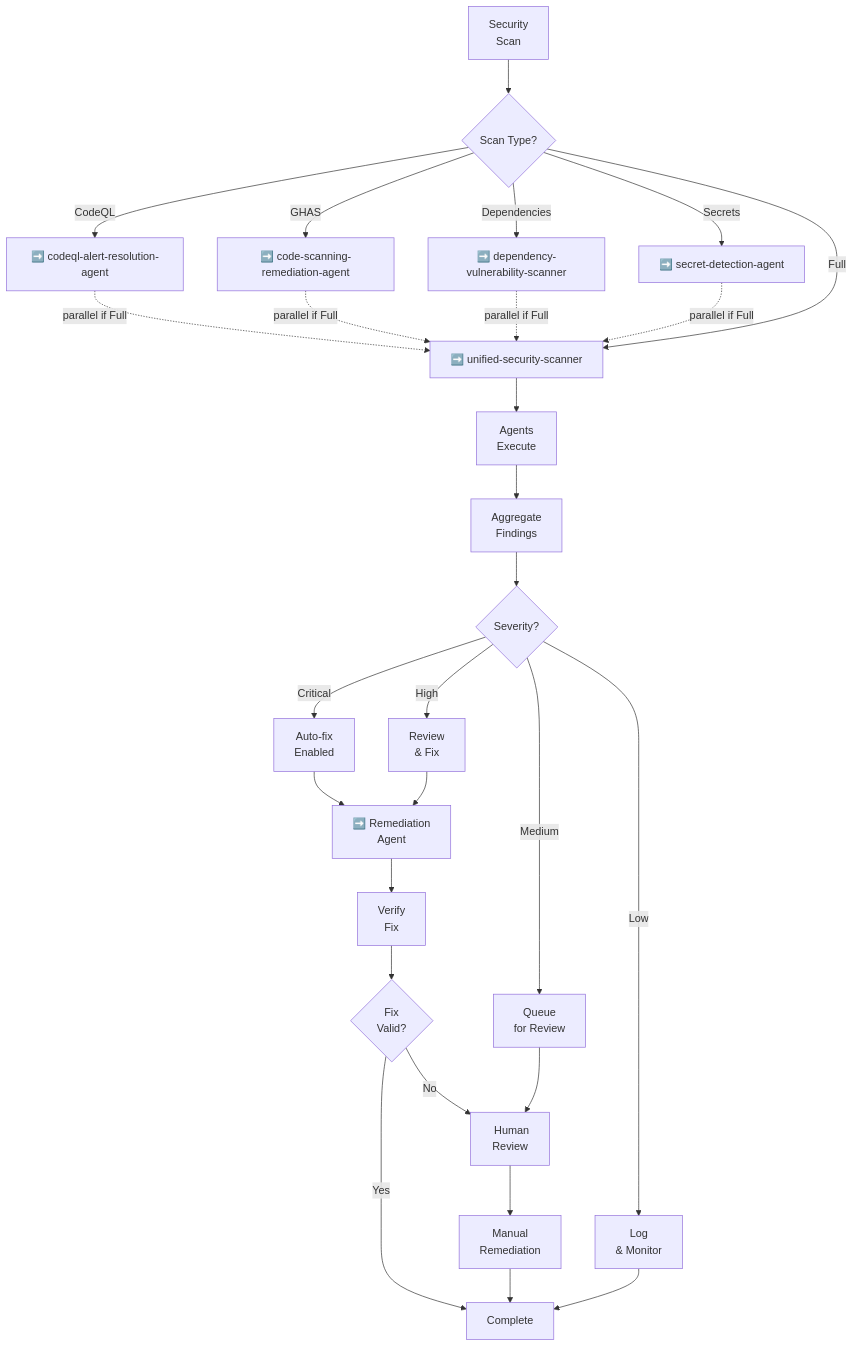
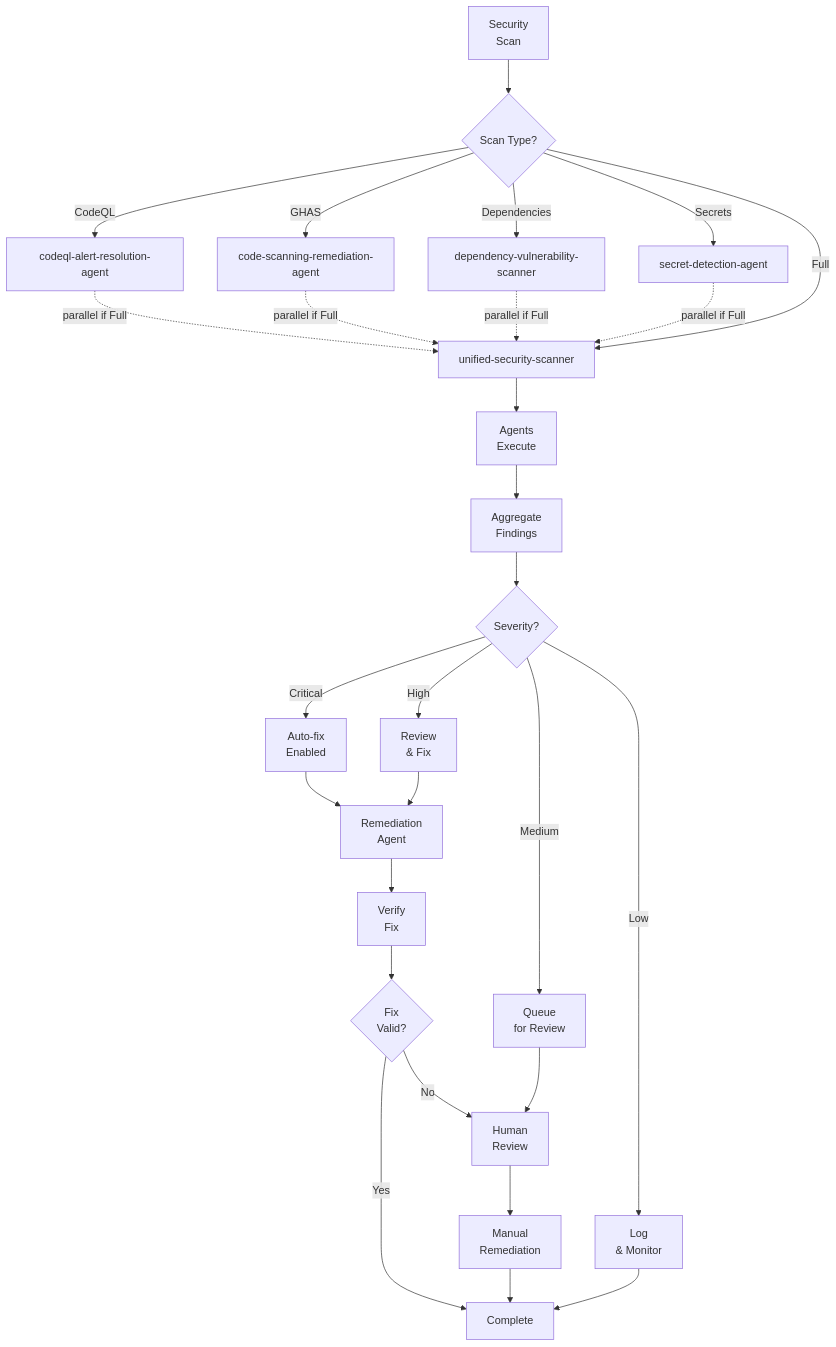
The sixth of 10 diagrams in docs/agent/CUSTOM_AGENT_COORDINATION_WORKFLOWS.md (Aries-Serpent/_codex_), drawn with Mermaid before and after one commit. The commit also changed other lines of this file and 4117 other files, not shown here.

````diff
--- a/docs/agent/CUSTOM_AGENT_COORDINATION_WORKFLOWS.md
+++ b/docs/agent/CUSTOM_AGENT_COORDINATION_WORKFLOWS.md
@@ -277,41 +367,54 @@
 ```mermaid
 graph TD
-    A[" Security<br/>Scan"] --> B{Scan Type?}
 
-    B -->|CodeQL| B1["➡️ codeql-alert-resolution-agent"]
-    B -->|GHAS| B2["➡️ code-scanning-remediation-agent"]
-    B -->|Dependencies| B3["➡️ dependency-vulnerability-scanner"]
-    B -->|Secrets| B4["➡️ secret-detection-agent"]
-    B -->|Full| B5["➡️ unified-security-scanner"]
+ A[" Security<br/>Scan"] --> B{Scan Type?}
 
-    B1 -.->|parallel if Full| B5
-    B2 -.->|parallel if Full| B5
-    B3 -.->|parallel if Full| B5
-    B4 -.->|parallel if Full| B5
+ B -->|CodeQL| B1[" codeql-alert-resolution-agent"]
 
-    B5 --> C[" Agents<br/>Execute"]
+ B -->|GHAS| B2[" code-scanning-remediation-agent"]
 
-    C --> D[" Aggregate<br/>Findings"]
+ B -->|Dependencies| B3[" dependency-vulnerability-scanner"]
 
-    D --> E{Severity?}
+ B -->|Secrets| B4[" secret-detection-agent"]
 
-    E -->|Critical| E1[" Auto-fix<br/>Enabled"]
-    E -->|High| E2[" Review<br/>& Fix"]
-    E -->|Medium| E3[" Queue<br/>for Review"]
-    E -->|Low| E4[" Log<br/>& Monitor"]
+ B -->|Full| B5[" unified-security-scanner"]
 
-    E1 --> F["➡️ Remediation<br/>Agent"]
-    E2 --> F
-    E3 --> G["️ Human<br/>Review"]
-    E4 --> H[" Complete"]
+ B1 -.->|parallel if Full| B5
+ B2 -.->|parallel if Full| B5
+ B3 -.->|parallel if Full| B5
+ B4 -.->|parallel if Full| B5
 
-    F --> I[" Verify<br/>Fix"]
+ B5 --> C[" Agents<br/>Execute"]
 
-    I --> J{Fix<br/>Valid?}
+ C --> D[" Aggregate<br/>Findings"]
 
-    J -->|Yes| H
-    J -->|No| G
+ D --> E{Severity?}
 
-    G --> K[" Manual<br/>Remediation"]
-    K --> H
+ E -->|Critical| E1[" Auto-fix<br/>Enabled"]
+
+ E -->|High| E2[" Review<br/>& Fix"]
+
+ E -->|Medium| E3[" Queue<br/>for Review"]
+
+ E -->|Low| E4[" Log<br/>& Monitor"]
+
+ E1 --> F[" Remediation<br/>Agent"]
+
+ E2 --> F
+
+ E3 --> G[" Human<br/>Review"]
+
+ E4 --> H[" Complete"]
+
+ F --> I[" Verify<br/>Fix"]
+
+ I --> J{Fix<br/>Valid?}
+
+ J -->|Yes| H
+
+ J -->|No| G
+
+ G --> K[" Manual<br/>Remediation"]
+
+ K --> H
 ```
````
